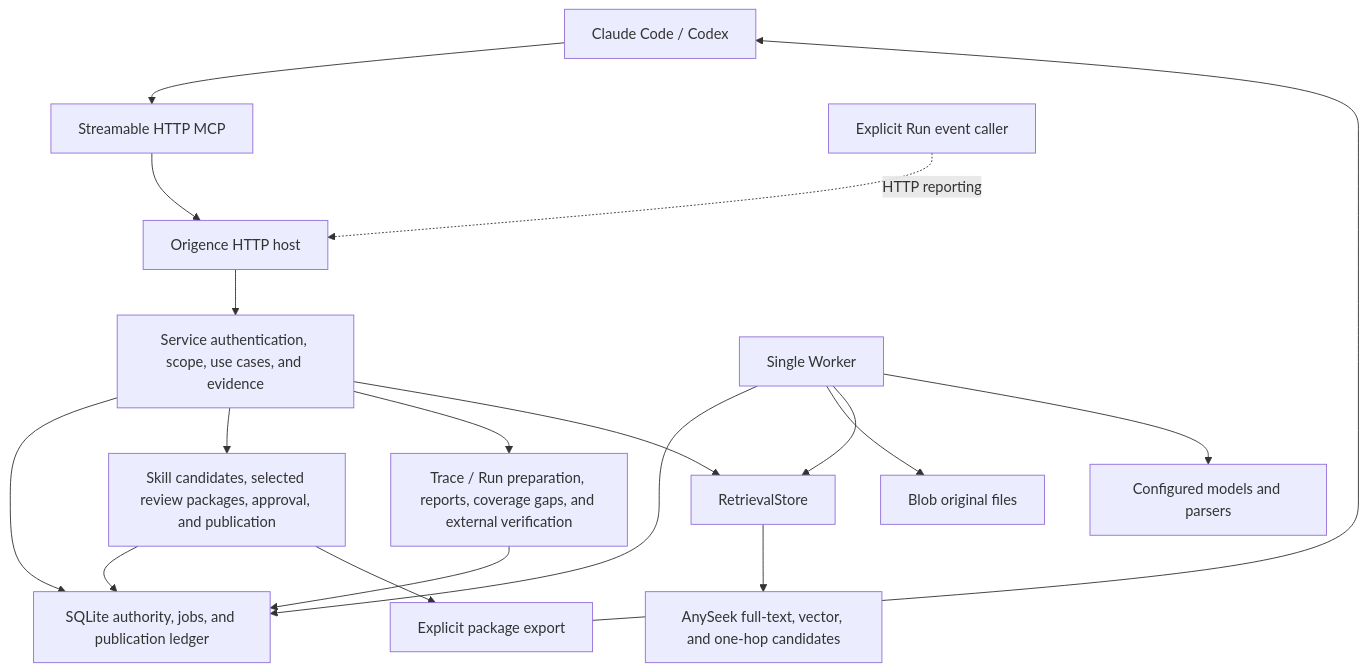
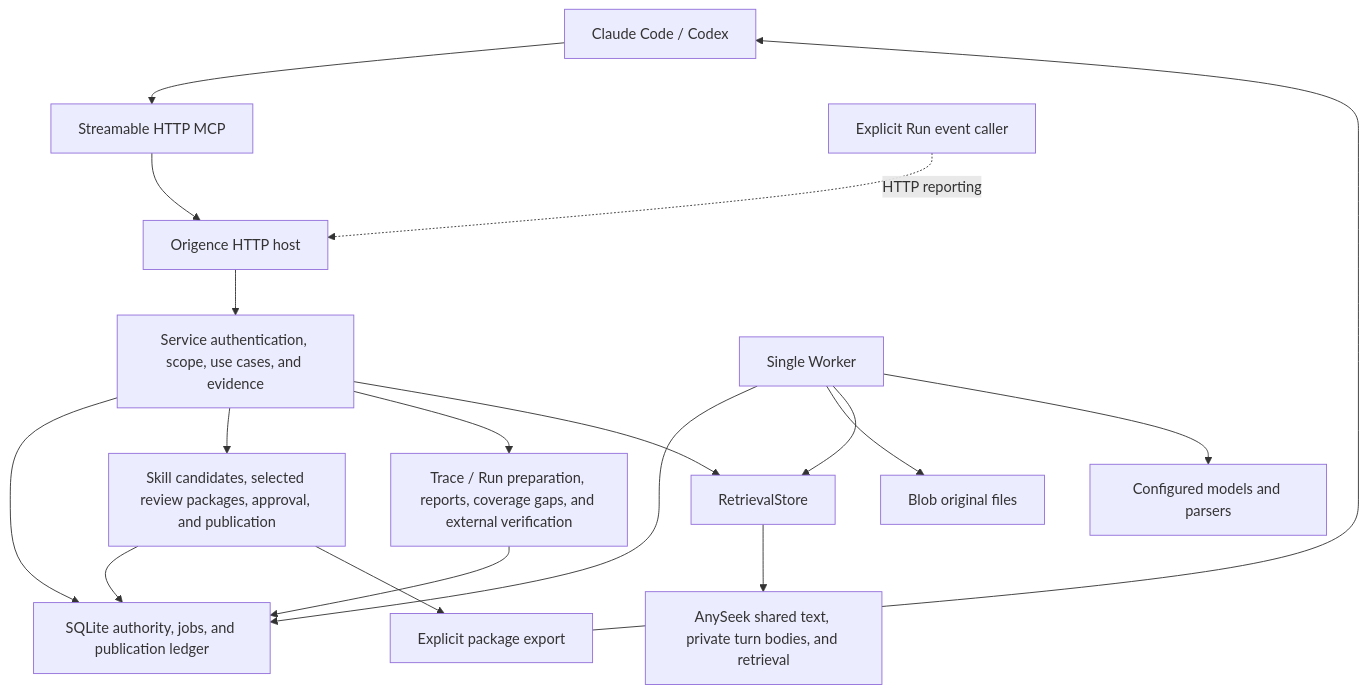
One commit to TheLudlows/Origence changed the diagram in docs/design/current-implementation.en.md. Above: the diagram before and after it, drawn with Mermaid. The commit also changed other lines of this file and 5 other files, not shown here.

````diff
--- a/docs/design/current-implementation.en.md
+++ b/docs/design/current-implementation.en.md
@@ -15,20 +17,20 @@
 ```mermaid
 flowchart TD
     C[Claude Code / Codex] --> M[Streamable HTTP MCP]
     M --> H[Origence HTTP host]
     H --> S[Service authentication, scope, use cases, and evidence]
     S --> A[SQLite authority, jobs, and publication ledger]
     S --> K[Skill candidates, selected review packages, approval, and publication]
     K --> A
     K --> E[Explicit package export]
     E --> C
     S --> O[Trace / Run preparation, reports, coverage gaps, and external verification]
     O --> A
     X[Explicit Run event caller] -. HTTP reporting .-> H
     W[Single Worker] --> A
     W --> B[Blob original files]
     W --> R[RetrievalStore]
     S --> R
-    R --> F[AnySeek full-text, vector, and one-hop candidates]
+    R --> F[AnySeek shared text, private turn bodies, and retrieval]
     W --> P[Configured models and parsers]
 ```
````
